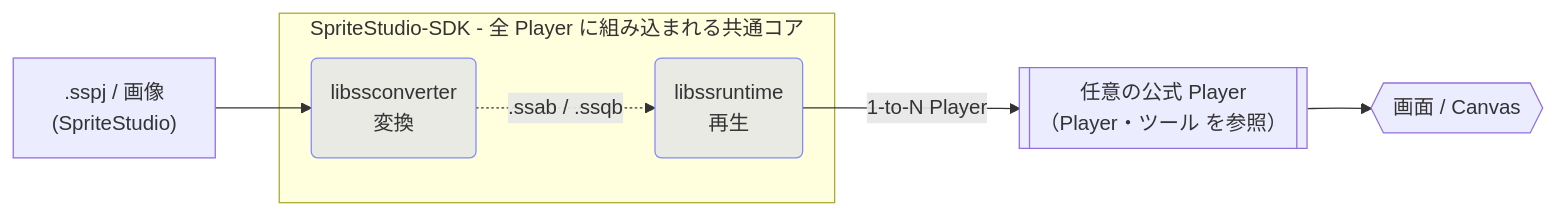
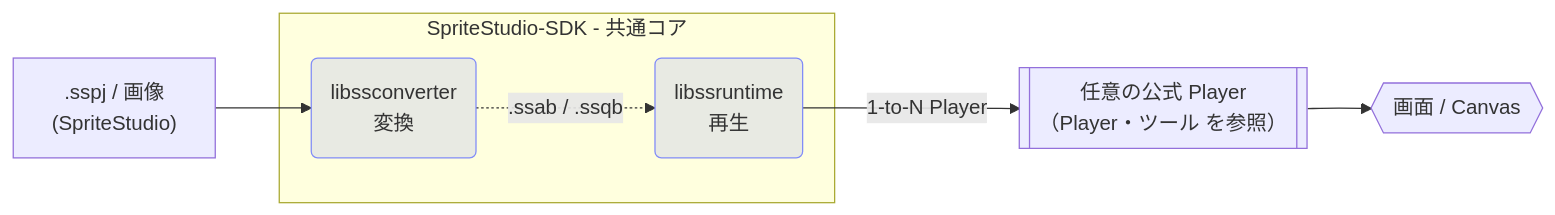
Before and after one commit to cri-middleware/SpriteStudio-Docs: the diagram in docs/ja/overview/ecosystem.md, drawn with Mermaid. The commit also changed other lines of this file and 11 other files, not shown here.

````diff
--- a/docs/ja/overview/ecosystem.md
+++ b/docs/ja/overview/ecosystem.md
@@ -5,19 +5,19 @@
 ```mermaid
 graph LR
     SS[" .sspj / 画像<br/>(SpriteStudio) "]
 
-    subgraph SDK ["SpriteStudio-SDK - 全 Player に組み込まれる共通コア"]
+    subgraph SDK ["SpriteStudio-SDK - 共通コア"]
         CONV(" libssconverter<br/>変換 ")
         RT(" libssruntime<br/>再生 ")
     end
 
     PLAYER[[" 任意の公式 Player<br/>（Player・ツール を参照） "]]
     SCREEN{{" 画面 / Canvas "}}
 
     SS --> CONV
     CONV -. ".ssab / .ssqb" .-> RT
     RT -- "1-to-N Player" --> PLAYER --> SCREEN
 
     classDef sdk fill:#818cf82e,stroke:#818cf8;
     class CONV,RT sdk;
 ```
````
